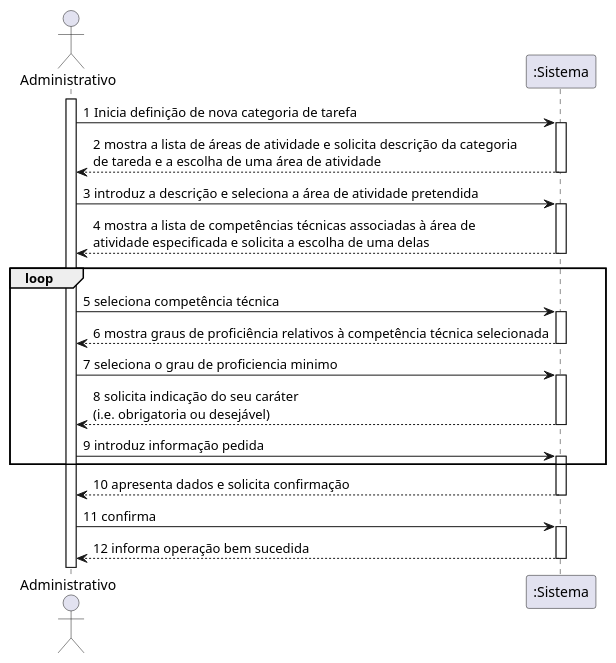
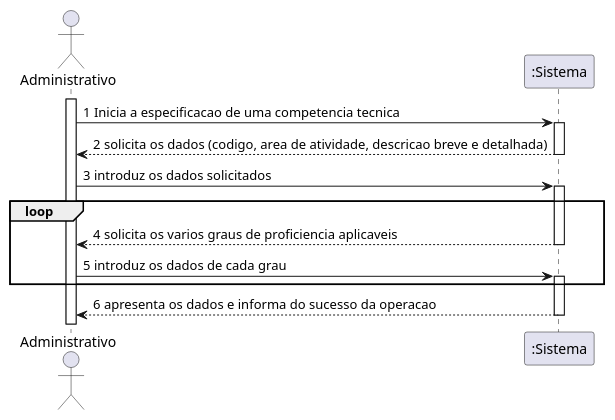
One commit to pedro-miguez/upskill_java1_labprg_grupo3 changed the diagram in Sprint 2/UC4_Definir_Competência_Técnica/UC4-SSD.plantuml. Above: the diagram before and after it, drawn with PlantUML.

```diff
--- a/Sprint 2/UC4_Definir_Competência_Técnica/UC4-SSD.plantuml
+++ b/Sprint 2/UC4_Definir_Competência_Técnica/UC4-SSD.plantuml
@@ -1,30 +1,19 @@
 @startuml
 actor Administrativo
 activate Administrativo
-Administrativo -> ":Sistema" : 1 Inicia definição de nova categoria de tarefa
+Administrativo -> ":Sistema" : 1 Inicia a especificacao de uma competencia tecnica
 activate ":Sistema"
-":Sistema" --> Administrativo : 2 mostra a lista de áreas de atividade e solicita descrição da categoria\nde tareda e a escolha de uma área de atividade
+":Sistema" --> Administrativo : 2 solicita os dados (codigo, area de atividade, descricao breve e detalhada)
 deactivate ":Sistema"
-Administrativo -> ":Sistema" : 3 introduz a descrição e seleciona a área de atividade pretendida
+Administrativo -> ":Sistema" : 3 introduz os dados solicitados
 activate ":Sistema"
-":Sistema" --> Administrativo : 4 mostra a lista de competências técnicas associadas à área de\natividade especificada e solicita a escolha de uma delas
+loop
+":Sistema" --> Administrativo : 4 solicita os varios graus de proficiencia aplicaveis
 deactivate ":Sistema"
-loop
-Administrativo -> ":Sistema": 5 seleciona competência técnica
-activate ":Sistema"
-":Sistema" --> Administrativo : 6 mostra graus de proficiência relativos à competência técnica selecionada
-deactivate ":Sistema"
-Administrativo -> ":Sistema": 7 seleciona o grau de proficiencia minimo
-activate ":Sistema"
-":Sistema" --> Administrativo : 8 solicita indicação do seu caráter\n(i.e. obrigatoria ou desejável)
-deactivate ":Sistema"
-Administrativo -> ":Sistema": 9 introduz informação pedida
+Administrativo -> ":Sistema": 5 introduz os dados de cada grau
 activate ":Sistema"
 end
-":Sistema" --> Administrativo : 10 apresenta dados e solicita confirmação
+":Sistema" --> Administrativo : 6 apresenta os dados e informa do sucesso da operacao
 deactivate ":Sistema"
-Administrativo -> ":Sistema": 11 confirma
-activate ":Sistema"
-":Sistema" --> Administrativo : 12 informa operação bem sucedida
-deactivate ":Sistema"
+
 @enduml
```
